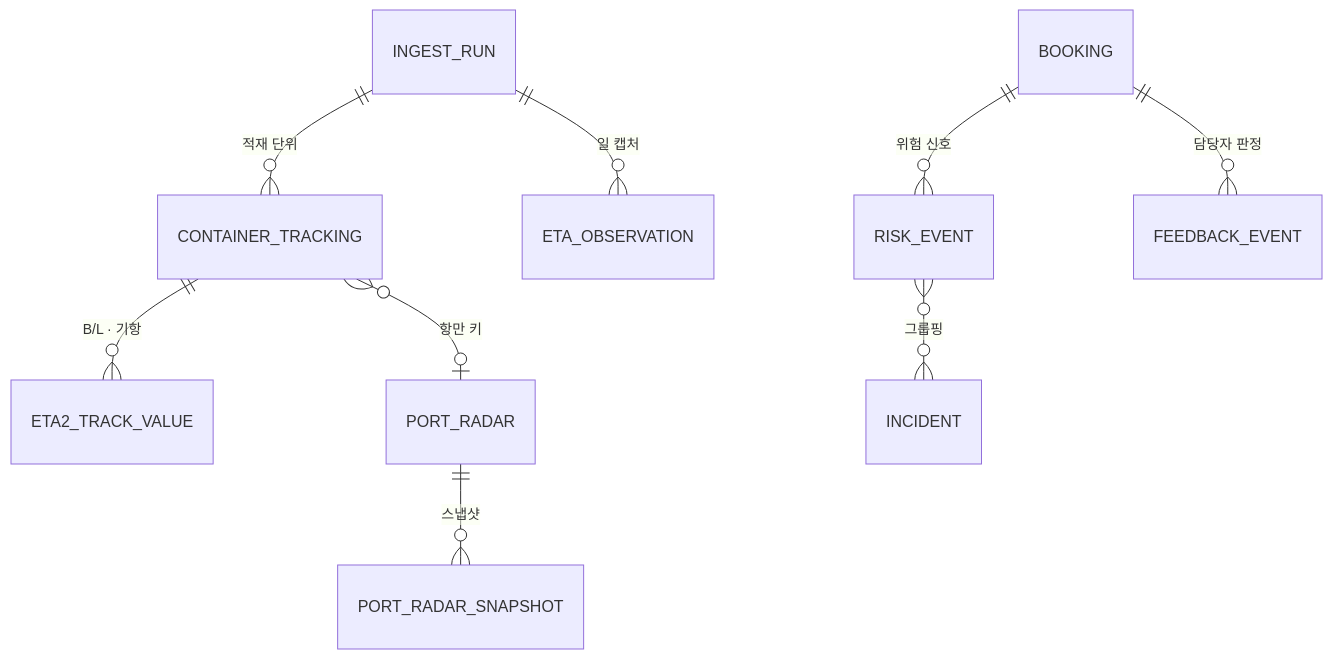
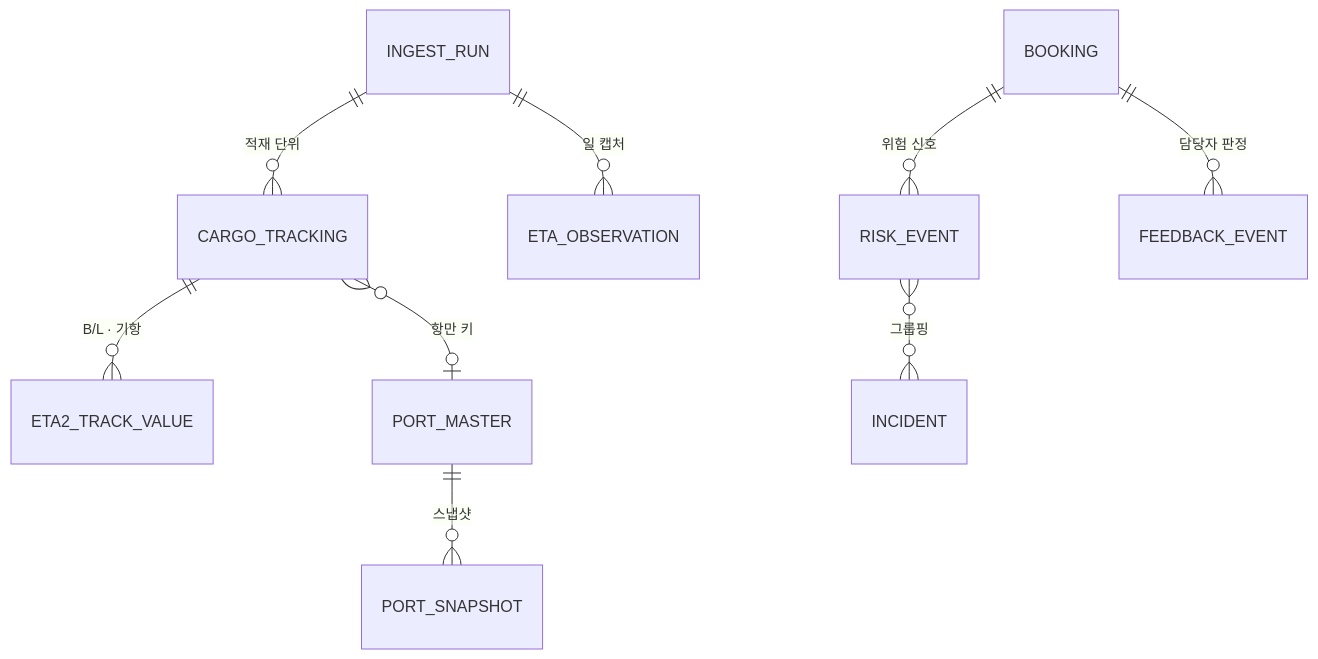
Before and after one commit to jiyean99/jiyean99: the third of 5 diagrams in docs/case-studies/shipping-visibility.md, drawn with Mermaid. The commit also changed other lines of this file and 1 other file, not shown here.

````diff
--- a/docs/case-studies/shipping-visibility.md
+++ b/docs/case-studies/shipping-visibility.md
@@ -652,11 +653,11 @@
 ```mermaid
 erDiagram
-  INGEST_RUN ||--o{ CONTAINER_TRACKING : "적재 단위"
+  INGEST_RUN ||--o{ CARGO_TRACKING : "적재 단위"
   INGEST_RUN ||--o{ ETA_OBSERVATION : "일 캡처"
-  CONTAINER_TRACKING ||--o{ ETA2_TRACK_VALUE : "B/L · 기항"
-  CONTAINER_TRACKING }o--o| PORT_RADAR : "항만 키"
-  PORT_RADAR ||--o{ PORT_RADAR_SNAPSHOT : "스냅샷"
+  CARGO_TRACKING ||--o{ ETA2_TRACK_VALUE : "B/L · 기항"
+  CARGO_TRACKING }o--o| PORT_MASTER : "항만 키"
+  PORT_MASTER ||--o{ PORT_SNAPSHOT : "스냅샷"
   BOOKING ||--o{ RISK_EVENT : "위험 신호"
   RISK_EVENT }o--o{ INCIDENT : "그룹핑"
   BOOKING ||--o{ FEEDBACK_EVENT : "담당자 판정"
 ```
````
